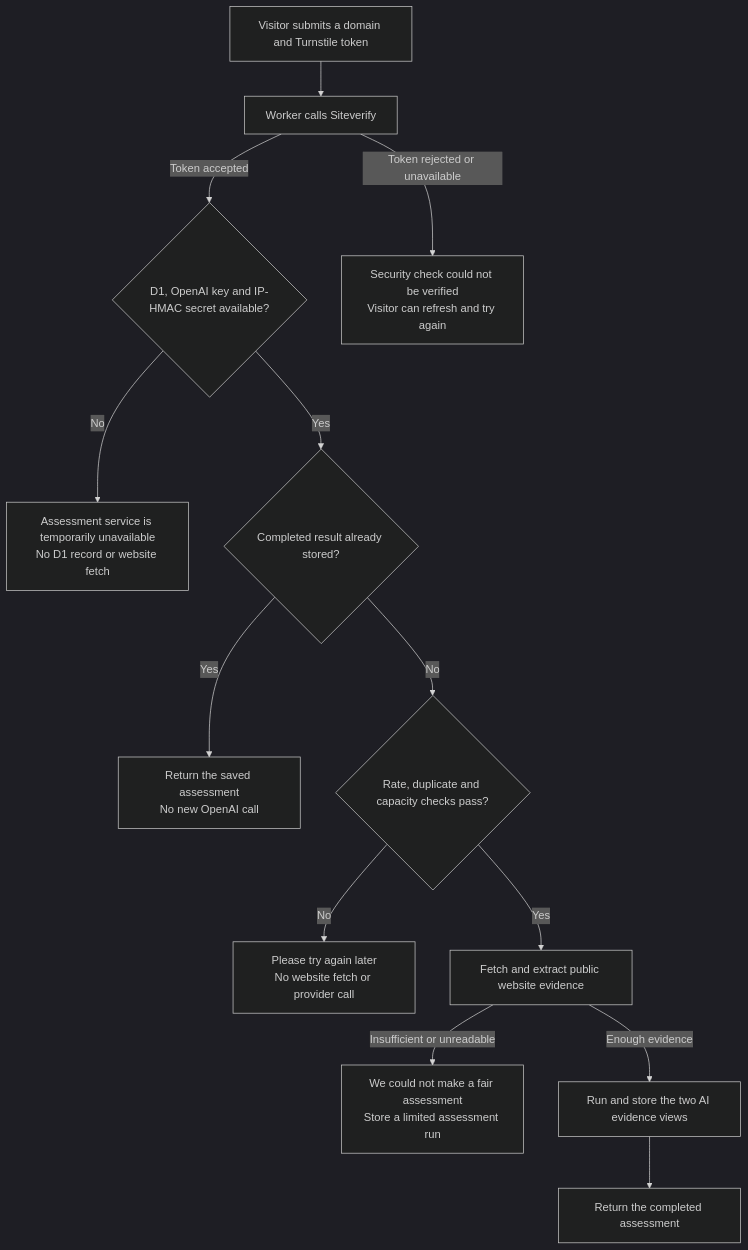
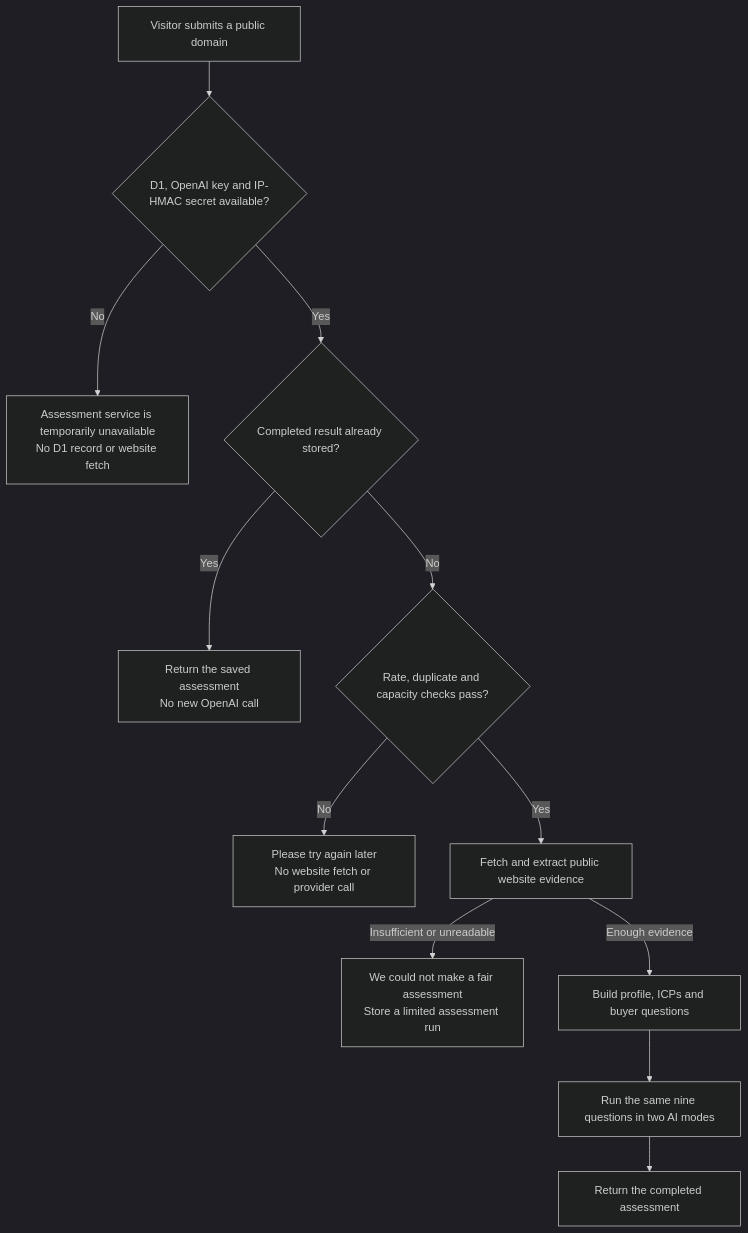
The second of 2 diagrams in docs/product/REQUEST_FLOW.md (successbycs/ShortList), drawn with Mermaid (dark theme) before and after one commit. The commit also changed other lines of this file and 42 other files, not shown here.

Commit message:
docs: define ShortList MVP architecture and journey

````diff
--- a/docs/product/REQUEST_FLOW.md
+++ b/docs/product/REQUEST_FLOW.md
@@ -50,15 +59,14 @@
 ```mermaid
 flowchart TD
-    Submit[Visitor submits a domain and Turnstile token] --> Verify[Worker calls Siteverify]
-    Verify -->|Token accepted| Runtime{D1, OpenAI key and IP-HMAC secret available?}
-    Verify -->|Token rejected or unavailable| VerificationFailure[Security check could not be verified\nVisitor can refresh and try again]
+    Submit[Visitor submits a public domain] --> Runtime{D1, OpenAI key and IP-HMAC secret available?}
     Runtime -->|No| ServiceUnavailable[Assessment service is temporarily unavailable\nNo D1 record or website fetch]
     Runtime -->|Yes| Cache{Completed result already stored?}
     Cache -->|Yes| Cached[Return the saved assessment\nNo new OpenAI call]
     Cache -->|No| Admission{Rate, duplicate and capacity checks pass?}
     Admission -->|No| AdmissionLimited[Please try again later\nNo website fetch or provider call]
     Admission -->|Yes| Fetch[Fetch and extract public website evidence]
     Fetch -->|Insufficient or unreadable| EvidenceLimited[We could not make a fair assessment\nStore a limited assessment run]
-    Fetch -->|Enough evidence| Ai[Run and store the two AI evidence views]
+    Fetch -->|Enough evidence| Profile[Build profile, ICPs and buyer questions]
+    Profile --> Ai[Run the same nine questions in two AI modes]
     Ai --> Complete[Return the completed assessment]
 ```
````
